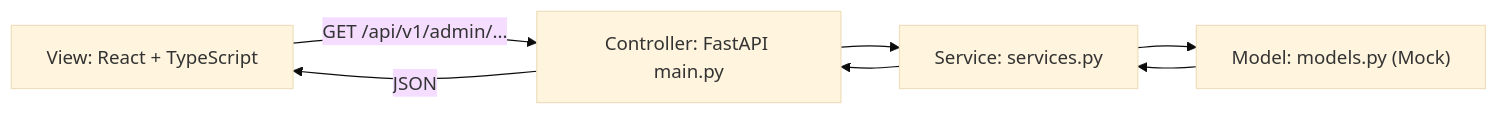
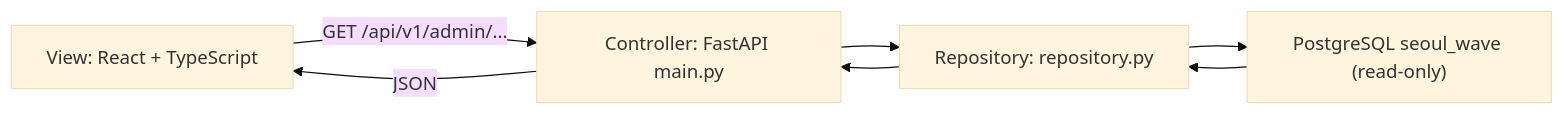
One commit to munchkin112/SEOUL-WAVE_admin changed the first of 2 diagrams in README.md. Above: the diagram before and after it, drawn with Mermaid (base theme). The commit also changed other lines of this file and 18 other files, not shown here.

First line of the commit message:
feat: PostgreSQL 운영 로그 연동 및 통합 실행 구성

````diff
--- a/README.md
+++ b/README.md
@@ -66,7 +70,7 @@
 ```mermaid
 flowchart LR
   V["View: React + TypeScript"] -->|"GET /api/v1/admin/..."| C["Controller: FastAPI main.py"]
-  C --> S["Service: services.py"]
-  S --> M["Model: models.py (Mock)"]
-  M --> S --> C -->|JSON| V
+  C --> R["Repository: repository.py"]
+  R --> DB["PostgreSQL seoul_wave (read-only)"]
+  DB --> R --> C -->|JSON| V
 ```
````
